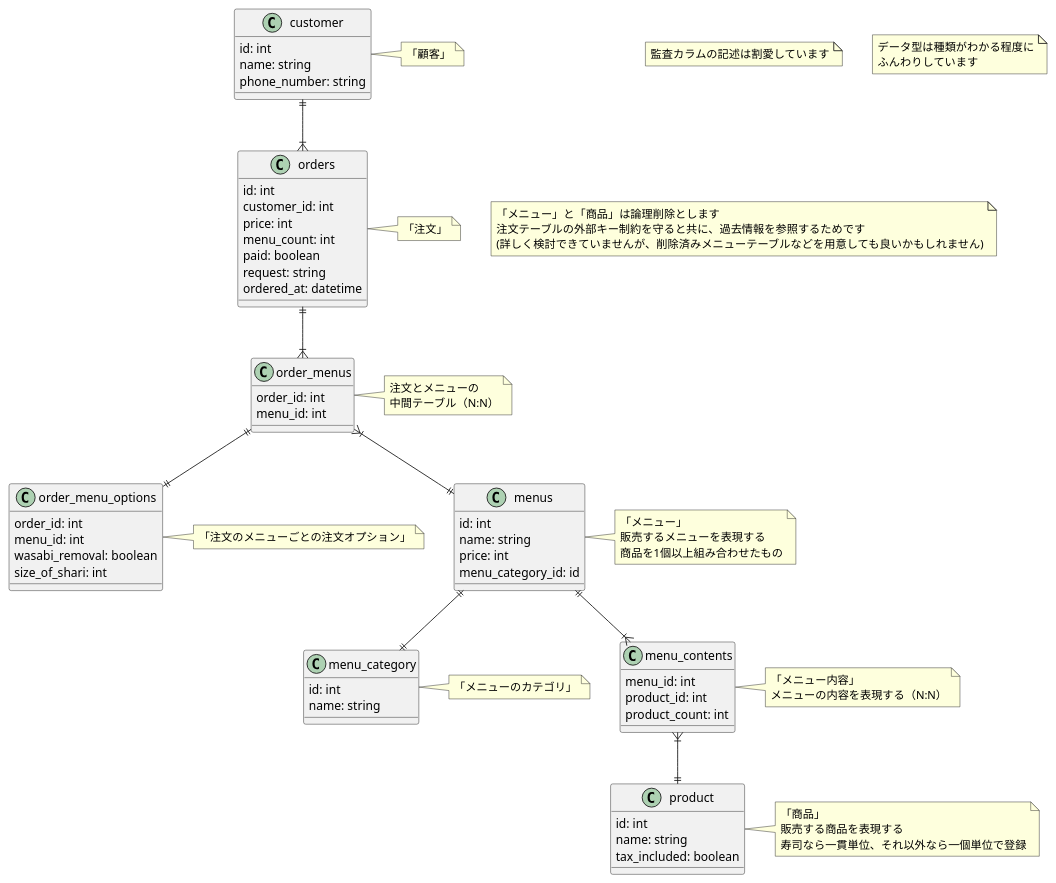
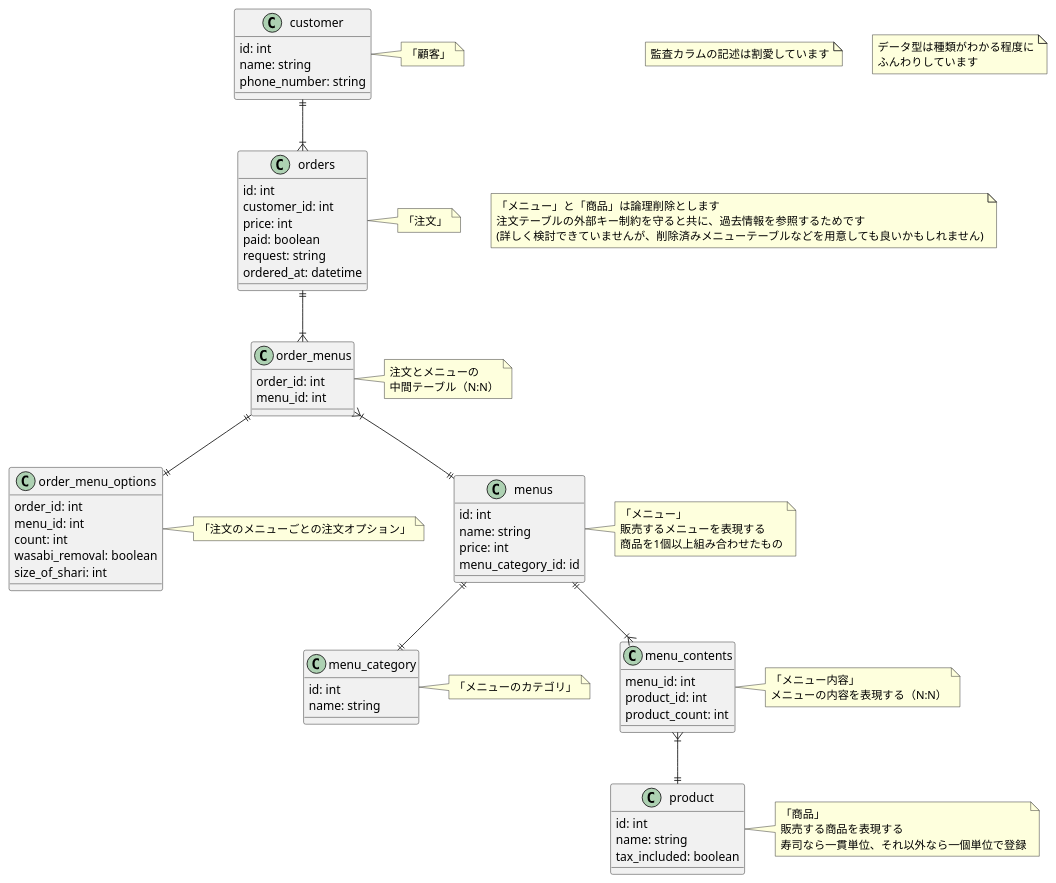
One commit to HitoroOhria/praha-challenge changed the diagram in db/db-modeling-1/sushi_order_of_task1.puml. Above: the diagram before and after it, drawn with PlantUML. The commit also changed 1 other file, not shown here.

```diff
--- a/db/db-modeling-1/sushi_order_of_task1.puml
+++ b/db/db-modeling-1/sushi_order_of_task1.puml
@@ -1,76 +1,76 @@
 @startuml
 'https://plantuml.com/class-diagram
 
 note "監査カラムの記述は割愛しています" as n1
 note "データ型は種類がわかる程度に\nふんわりしています" as n2
 note "「メニュー」と「商品」は論理削除とします\n注文テーブルの外部キー制約を守ると共に、過去情報を参照するためです\n(詳しく検討できていませんが、削除済みメニューテーブルなどを用意しても良いかもしれません)" as n3
 
 class customer {
   id: int
   name: string
   phone_number: string
 }
 note right: 「顧客」
 
 class orders {
   id: int
   customer_id: int
   price: int
-  menu_count: int
   paid: boolean
   request: string
   ordered_at: datetime
 }
 note right: 「注文」
 
 class order_menus {
   order_id: int
   menu_id: int
 }
 note right: 注文とメニューの\n中間テーブル（N:N）
 
 class order_menu_options {
   order_id: int
   menu_id: int
+  count: int
   wasabi_removal: boolean
   size_of_shari: int
 }
 note right: 「注文のメニューごとの注文オプション」
 
 class menus {
   id: int
   name: string
   price: int
   menu_category_id: id
 }
 note right: 「メニュー」\n販売するメニューを表現する\n商品を1個以上組み合わせたもの
 
 class menu_category {
   id: int
   name: string
 }
 note right: 「メニューのカテゴリ」
 
 class menu_contents {
   menu_id: int
   product_id: int
   product_count: int
 }
 note right: 「メニュー内容」\nメニューの内容を表現する（N:N）
 
 class product {
   id: int
   name: string
   tax_included: boolean
 }
 note right: 「商品」\n販売する商品を表現する\n寿司なら一貫単位、それ以外なら一個単位で登録
 
 customer ||--|{ orders
 orders ||--|{ order_menus
 order_menus ||--|| order_menu_options
 order_menus }|--|| menus
 menus ||--|{ menu_contents
 menus ||--|| menu_category
 menu_contents }|--|| product
 
 @enduml
```
